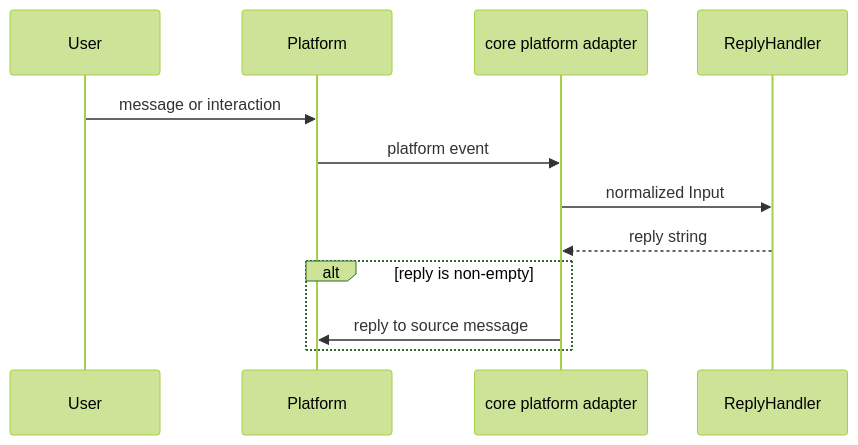
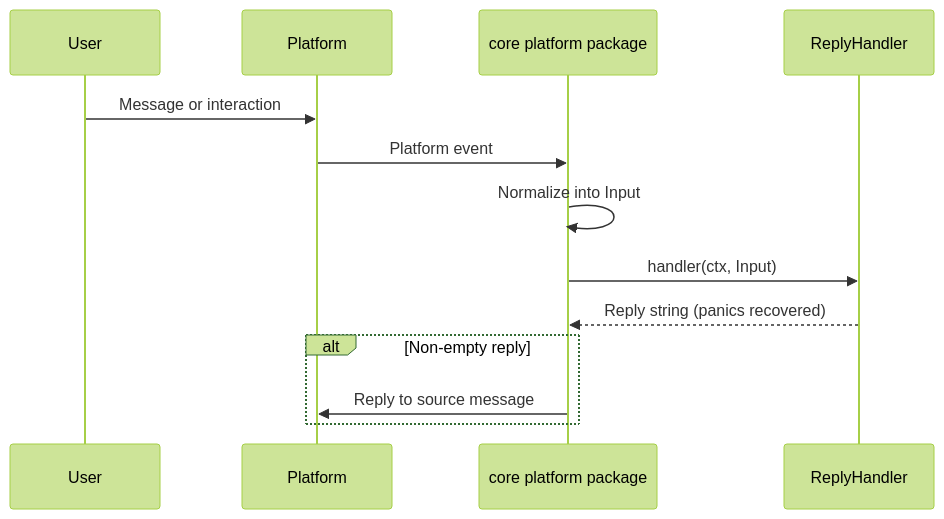
One commit to pardnchiu/go-bot changed the fifth of 7 diagrams in doc/architecture.md. Above: the diagram before and after it, drawn with Mermaid (forest theme). The commit also changed other lines of this file and 5 other files, not shown here.

````diff
--- a/doc/architecture.md
+++ b/doc/architecture.md
@@ -93,14 +95,15 @@
 ```mermaid
 sequenceDiagram
     participant User
     participant Platform
-    participant Adapter as core platform adapter
+    participant Adapter as core platform package
     participant Handler as ReplyHandler
-    User->>Platform: message or interaction
-    Platform->>Adapter: platform event
-    Adapter->>Handler: normalized Input
-    Handler-->>Adapter: reply string
-    alt reply is non-empty
-        Adapter->>Platform: reply to source message
+    User->>Platform: Message or interaction
+    Platform->>Adapter: Platform event
+    Adapter->>Adapter: Normalize into Input
+    Adapter->>Handler: handler(ctx, Input)
+    Handler-->>Adapter: Reply string (panics recovered)
+    alt Non-empty reply
+        Adapter->>Platform: Reply to source message
     end
 ```
````
